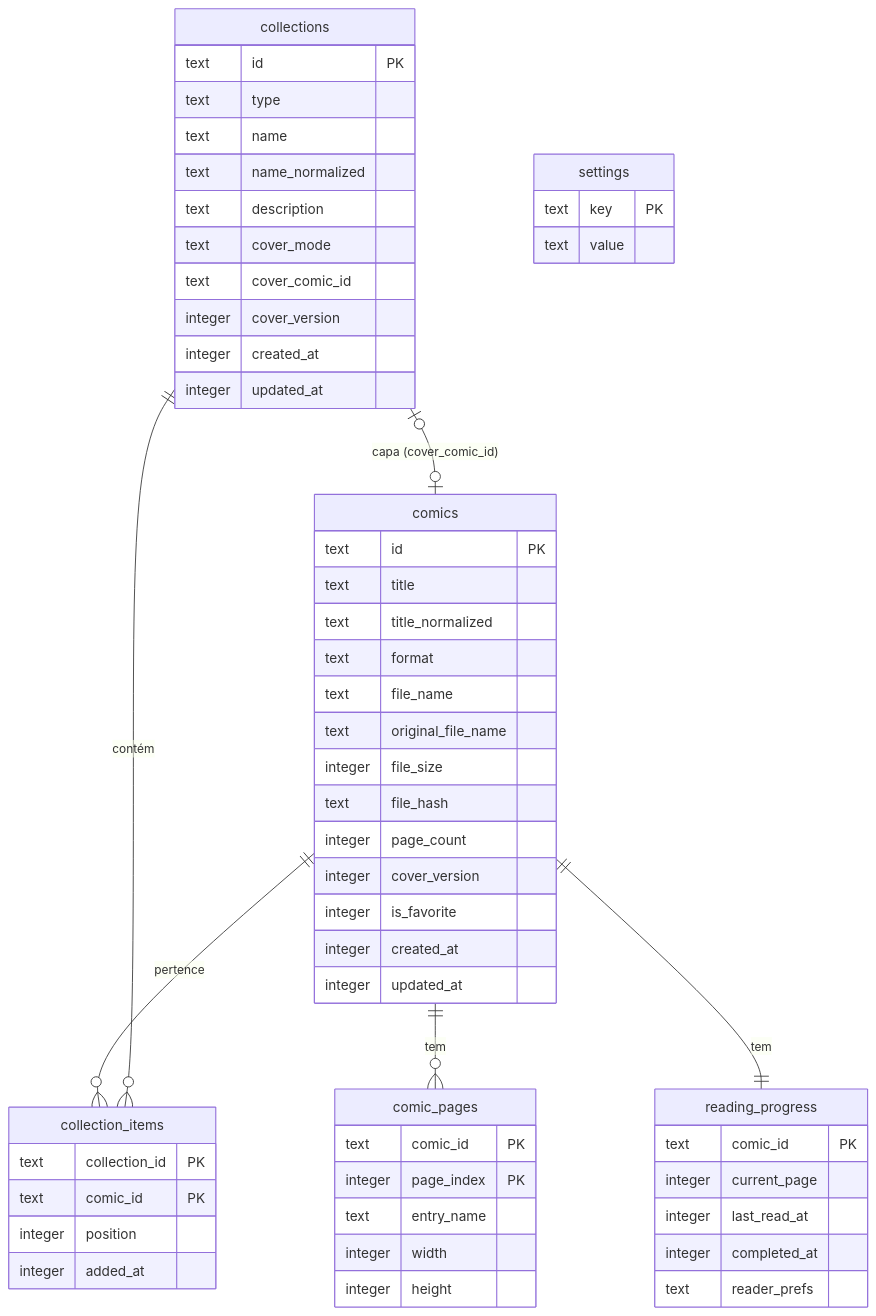
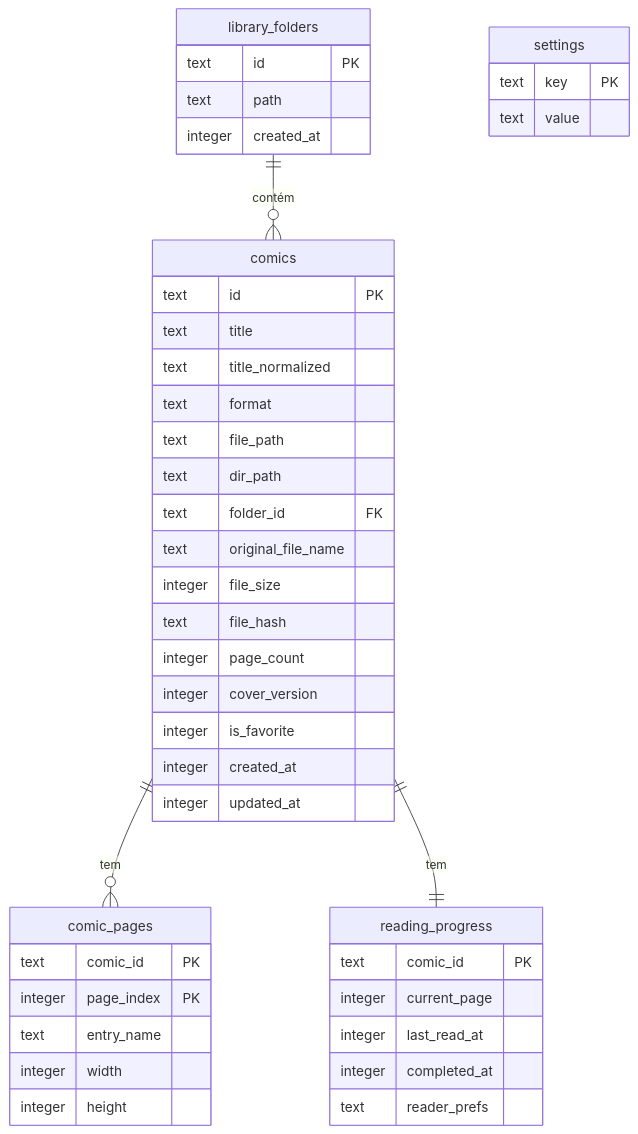
Before and after one commit to iguinn13/comic-reader: the diagram in docs/03-modelo-de-dados.md, drawn with Mermaid. The commit also changed other lines of this file and 107 other files, not shown here.

````diff
--- a/docs/03-modelo-de-dados.md
+++ b/docs/03-modelo-de-dados.md
@@ -5,60 +5,47 @@
 ```mermaid
 erDiagram
+  library_folders ||--o{ comics : "contém"
   comics ||--o{ comic_pages : "tem"
   comics ||--|| reading_progress : "tem"
-  comics ||--o{ collection_items : "pertence"
-  collections ||--o{ collection_items : "contém"
-  collections |o--o| comics : "capa (cover_comic_id)"
 
+  library_folders {
+    text id PK
+    text path
+    integer created_at
+  }
   comics {
     text id PK
     text title
     text title_normalized
     text format
-    text file_name
+    text file_path
+    text dir_path
+    text folder_id FK
     text original_file_name
     integer file_size
     text file_hash
     integer page_count
     integer cover_version
     integer is_favorite
     integer created_at
     integer updated_at
   }
   comic_pages {
     text comic_id PK
     integer page_index PK
     text entry_name
     integer width
     integer height
   }
   reading_progress {
     text comic_id PK
     integer current_page
     integer last_read_at
     integer completed_at
     text reader_prefs
   }
-  collections {
-    text id PK
-    text type
-    text name
-    text name_normalized
-    text description
-    text cover_mode
-    text cover_comic_id
-    integer cover_version
-    integer created_at
-    integer updated_at
-  }
-  collection_items {
-    text collection_id PK
-    text comic_id PK
-    integer position
-    integer added_at
-  }
   settings {
     text key PK
     text value
   }
 ```
````
